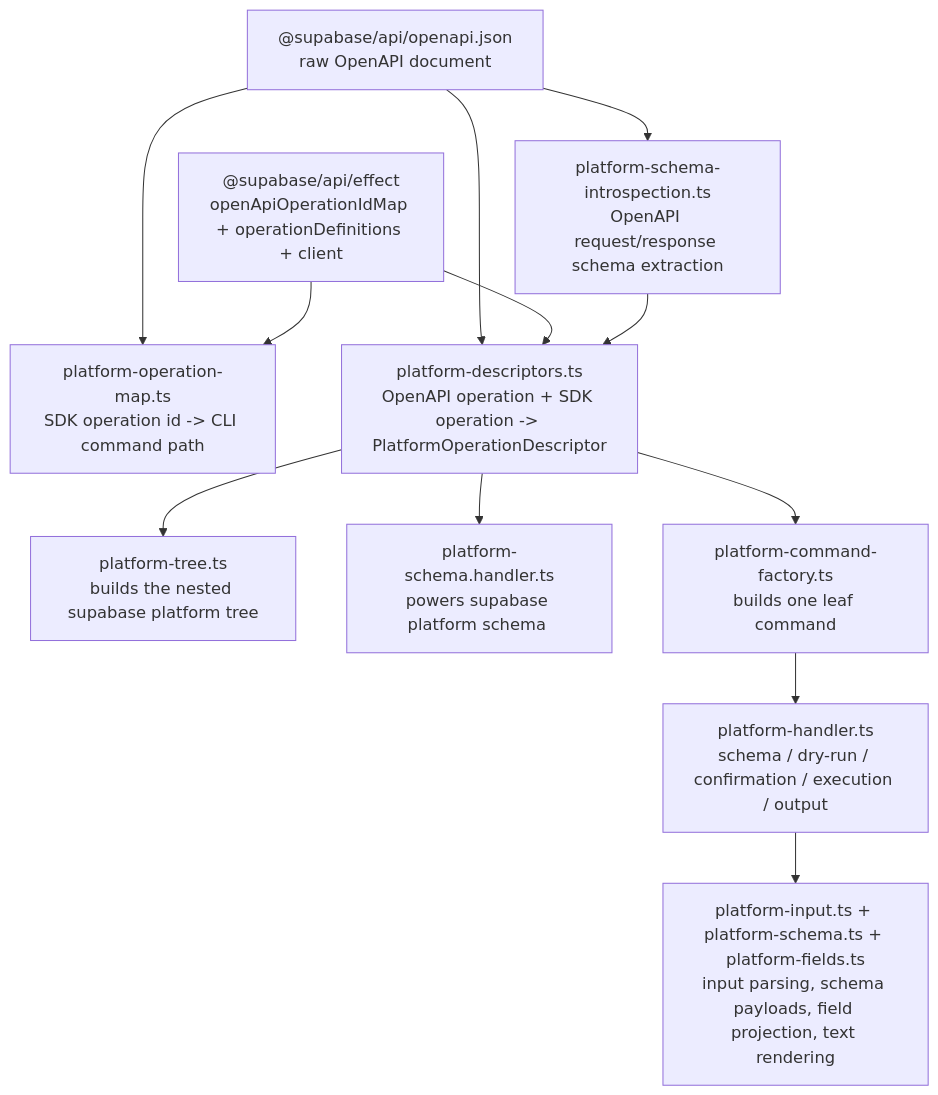
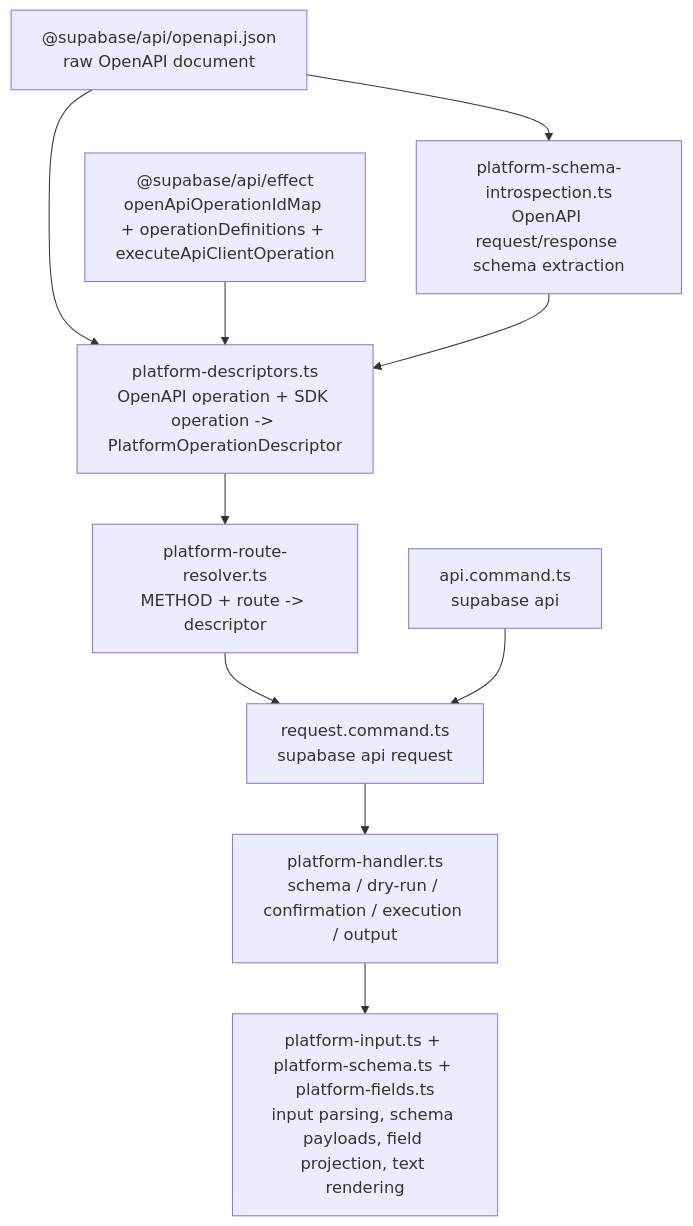
Before and after one commit to supabase/cli: the diagram in apps/cli/docs/platform-command-generation.md, drawn with Mermaid. The commit also changed other lines of this file and 89 other files, not shown here.

````diff
--- a/apps/cli/docs/platform-command-generation.md
+++ b/apps/cli/docs/platform-command-generation.md
@@ -25,25 +33,22 @@
 ```mermaid
 flowchart TD
   spec["@supabase/api/openapi.json<br/>raw OpenAPI document"]
-  join["@supabase/api/effect<br/>openApiOperationIdMap + operationDefinitions + client"]
-  map["platform-operation-map.ts<br/>SDK operation id -> CLI command path"]
+  join["@supabase/api/effect<br/>openApiOperationIdMap + operationDefinitions + executeApiClientOperation"]
   introspect["platform-schema-introspection.ts<br/>OpenAPI request/response schema extraction"]
   descriptors["platform-descriptors.ts<br/>OpenAPI operation + SDK operation -> PlatformOperationDescriptor"]
-  tree["platform-tree.ts<br/>builds the nested supabase platform tree"]
-  schema["platform-schema.handler.ts<br/>powers supabase platform schema <method>"]
-  factory["platform-command-factory.ts<br/>builds one leaf command"]
+  routes["platform-route-resolver.ts<br/>METHOD + route -> descriptor"]
+  command["api.command.ts<br/>supabase api"]
+  request["request.command.ts<br/>supabase api request <route>"]
   handler["platform-handler.ts<br/>schema / dry-run / confirmation / execution / output"]
   ux["platform-input.ts + platform-schema.ts + platform-fields.ts<br/>input parsing, schema payloads, field projection, text rendering"]
 
-  spec --> map
   spec --> introspect
   spec --> descriptors
-  join --> map
   join --> descriptors
   introspect --> descriptors
-  descriptors --> tree
-  descriptors --> schema
-  descriptors --> factory
-  factory --> handler
+  descriptors --> routes
+  routes --> request
+  command --> request
+  request --> handler
   handler --> ux
 ```
````
